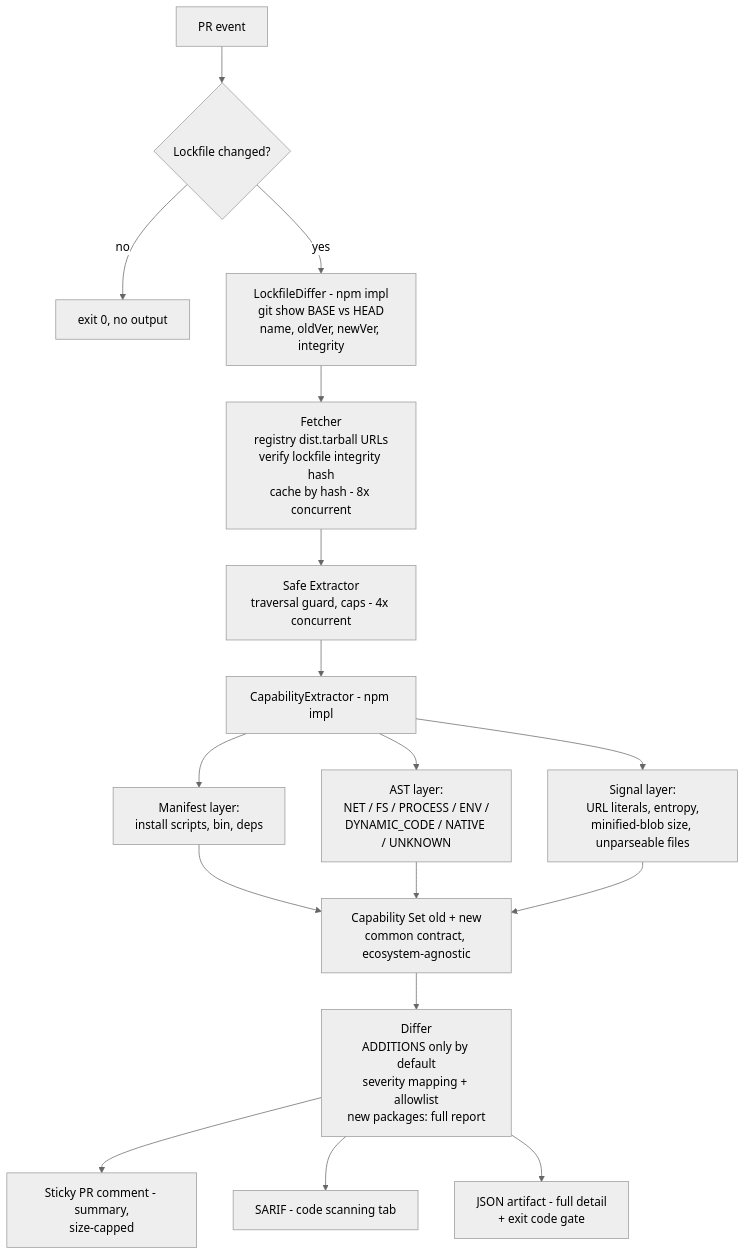
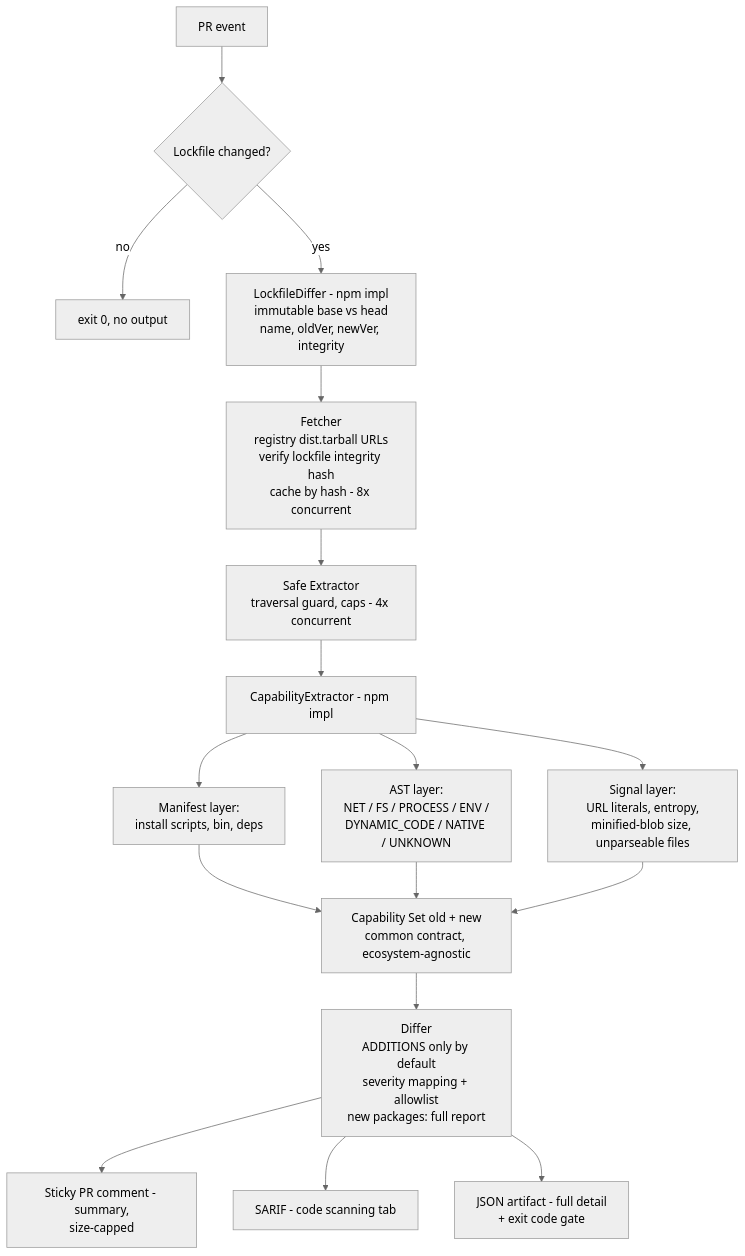
Before and after one commit to Volkiaa/capdelta: the diagram in docs/PLAN.md, drawn with Mermaid (neutral theme). The commit also changed other lines of this file and 13 other files, not shown here.

````diff
--- a/docs/PLAN.md
+++ b/docs/PLAN.md
@@ -51,17 +57,17 @@
 ```mermaid
 flowchart TD
     A[PR event] --> A0{Lockfile changed?}
     A0 -->|no| Z[exit 0, no output]
-    A0 -->|yes| B[LockfileDiffer - npm impl<br/>git show BASE vs HEAD<br/>name, oldVer, newVer, integrity]
+    A0 -->|yes| B[LockfileDiffer - npm impl<br/>immutable base vs head<br/>name, oldVer, newVer, integrity]
     B --> C[Fetcher<br/>registry dist.tarball URLs<br/>verify lockfile integrity hash<br/>cache by hash - 8x concurrent]
     C --> D[Safe Extractor<br/>traversal guard, caps - 4x concurrent]
     D --> E[CapabilityExtractor - npm impl]
     E --> E1[Manifest layer:<br/>install scripts, bin, deps]
     E --> E2[AST layer:<br/>NET / FS / PROCESS / ENV /<br/>DYNAMIC_CODE / NATIVE / UNKNOWN]
     E --> E3[Signal layer:<br/>URL literals, entropy,<br/>minified-blob size, unparseable files]
     E1 & E2 & E3 --> F[Capability Set old + new<br/>common contract, ecosystem-agnostic]
     F --> G[Differ<br/>ADDITIONS only by default<br/>severity mapping + allowlist<br/>new packages: full report]
     G --> H1[Sticky PR comment - summary,<br/>size-capped]
     G --> H2[SARIF - code scanning tab]
     G --> H3[JSON artifact - full detail<br/>+ exit code gate]
 ```
````
